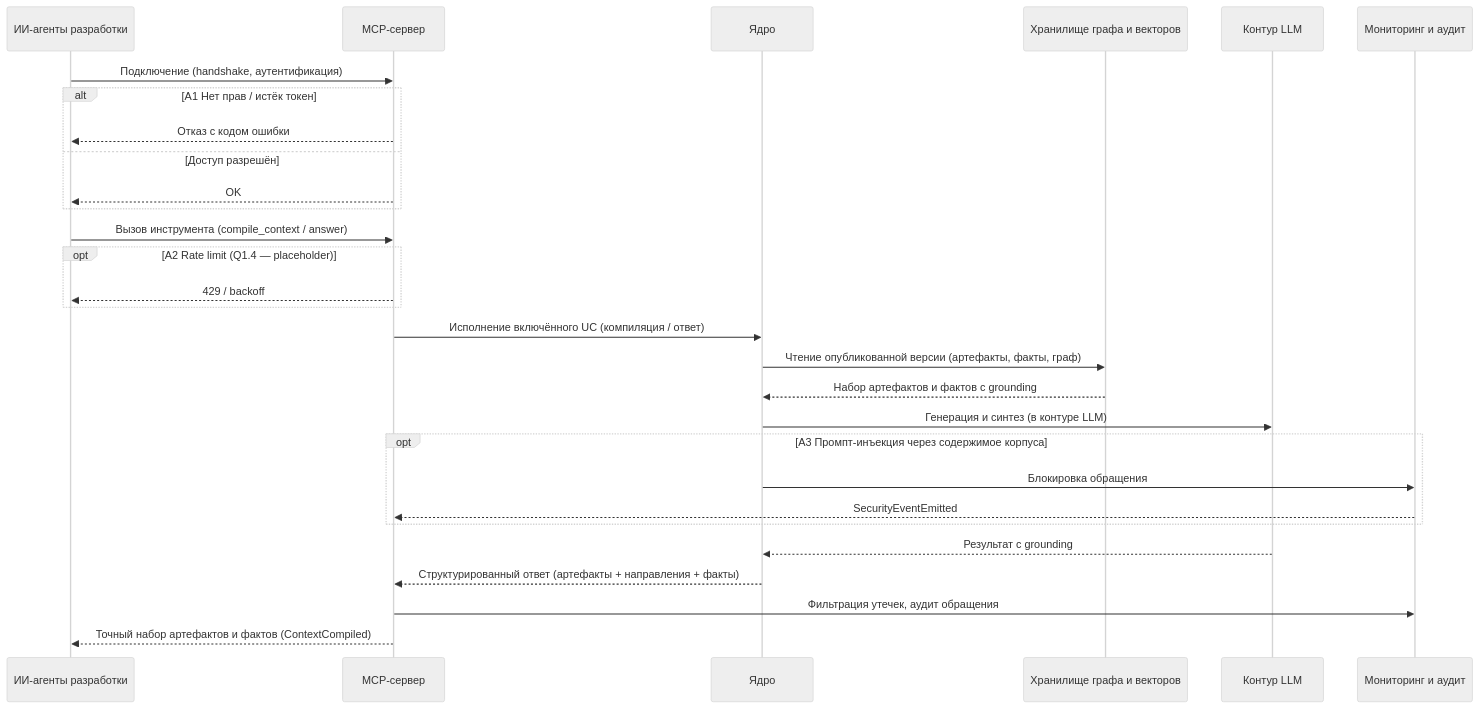
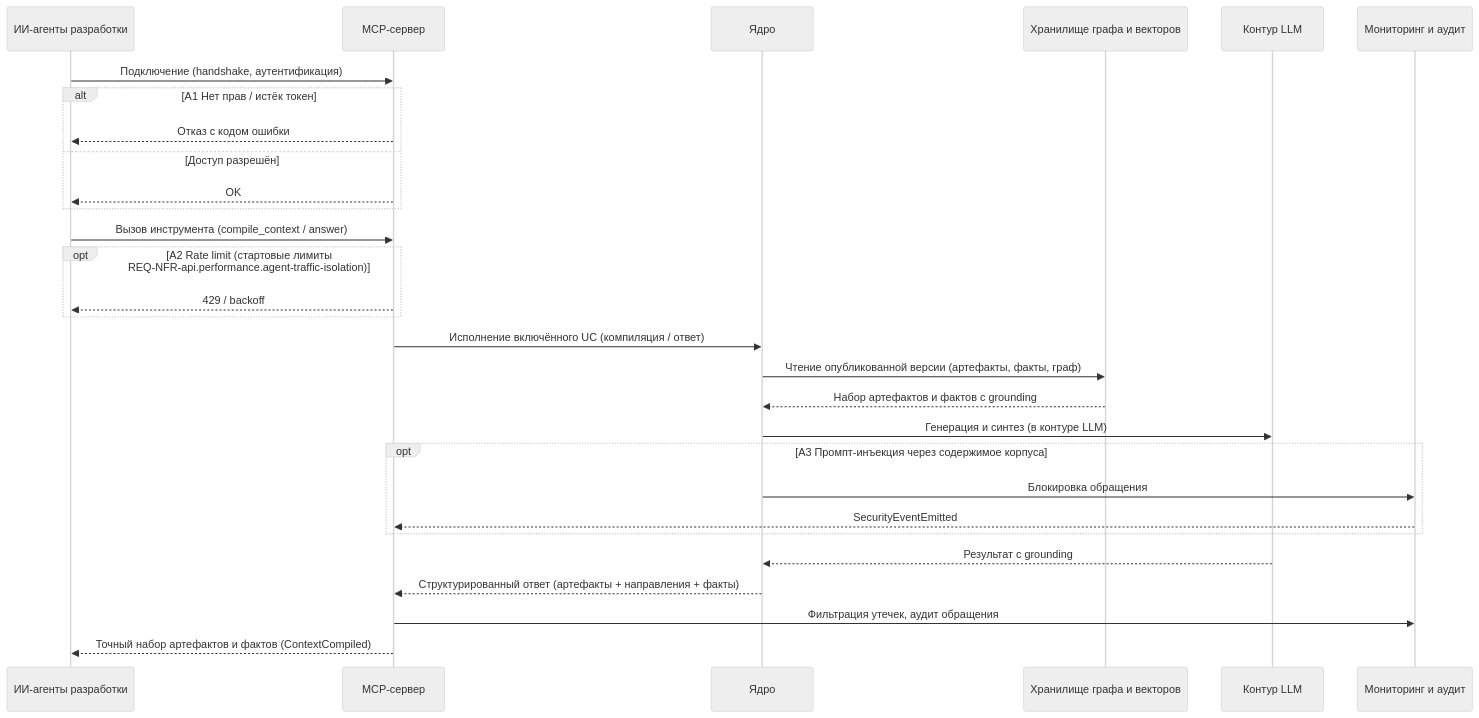
The diagram in specs/use-cases/UC-mcp.compile.context.md (n-marusov/graphrag), drawn with Mermaid (neutral theme) before and after one commit. The commit also changed other lines of this file and 8 other files, not shown here.

````diff
--- a/specs/use-cases/UC-mcp.compile.context.md
+++ b/specs/use-cases/UC-mcp.compile.context.md
@@ -15,44 +15,44 @@
 ```mermaid
 sequenceDiagram
     participant Agent as ИИ-агенты разработки
     participant MCP as MCP-сервер
     participant Core as Ядро
     participant Store as Хранилище графа и векторов
     participant LLM as Контур LLM
     participant Audit as Мониторинг и аудит
 
     %% --- 1. Подключение ---
     Agent->>MCP: Подключение (handshake, аутентификация)
     alt A1 Нет прав / истёк токен
         MCP-->>Agent: Отказ с кодом ошибки
     else Доступ разрешён
         MCP-->>Agent: OK
     end
 
     %% --- 2. Вызов инструмента ---
     Agent->>MCP: Вызов инструмента (compile_context / answer)
 
-    opt A2 Rate limit (Q1.4 — placeholder)
+    opt A2 Rate limit (стартовые лимиты REQ-NFR-api.performance.agent-traffic-isolation)
         MCP-->>Agent: 429 / backoff
     end
 
     %% --- 3. Исполнение включённого UC ---
     MCP->>Core: Исполнение включённого UC (компиляция / ответ)
     Core->>Store: Чтение опубликованной версии (артефакты, факты, граф)
     Store-->>Core: Набор артефактов и фактов с grounding
     Core->>LLM: Генерация и синтез (в контуре LLM)
 
     opt A3 Промпт-инъекция через содержимое корпуса
         Core->>Audit: Блокировка обращения
         Audit-->>MCP: SecurityEventEmitted
     end
 
     LLM-->>Core: Результат с grounding
 
     %% --- 4. Сериализация и аудит ---
     Core-->>MCP: Структурированный ответ (артефакты + направления + факты)
     MCP->>Audit: Фильтрация утечек, аудит обращения
 
     %% --- 5. Ответ агенту ---
     MCP-->>Agent: Точный набор артефактов и фактов (ContextCompiled)
 ```
````
